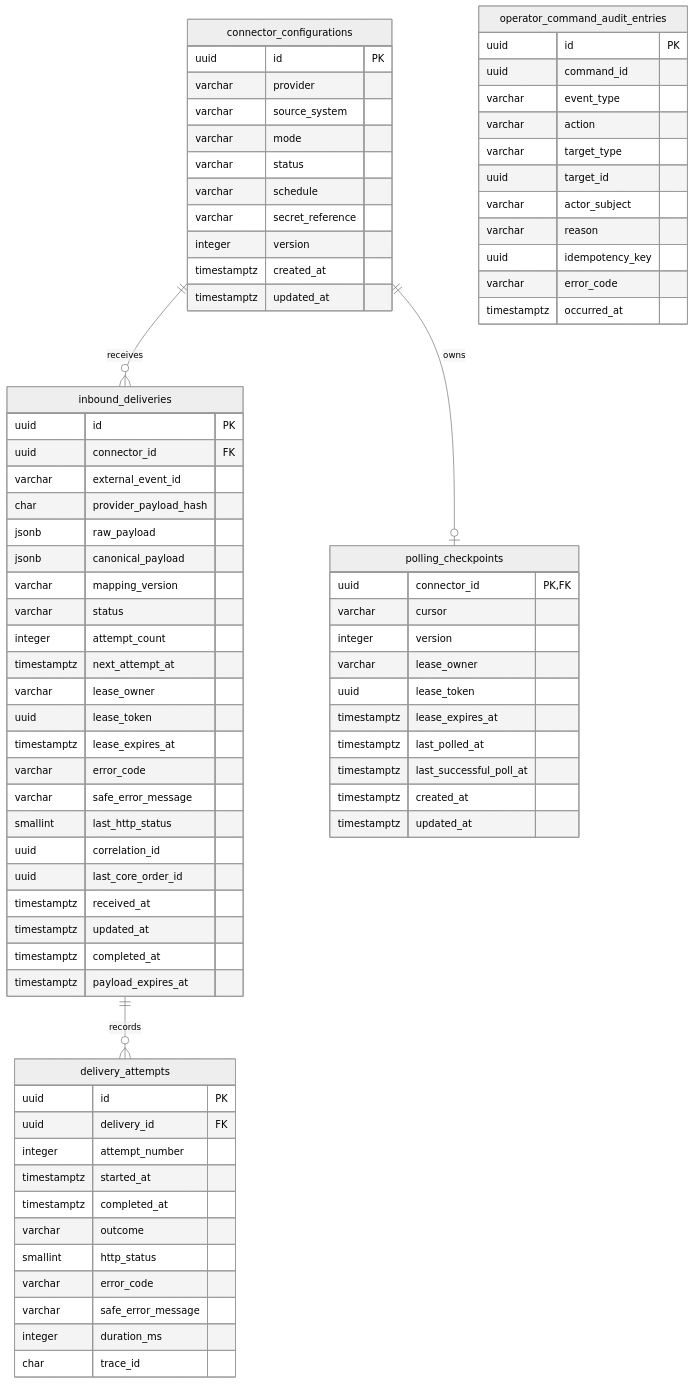
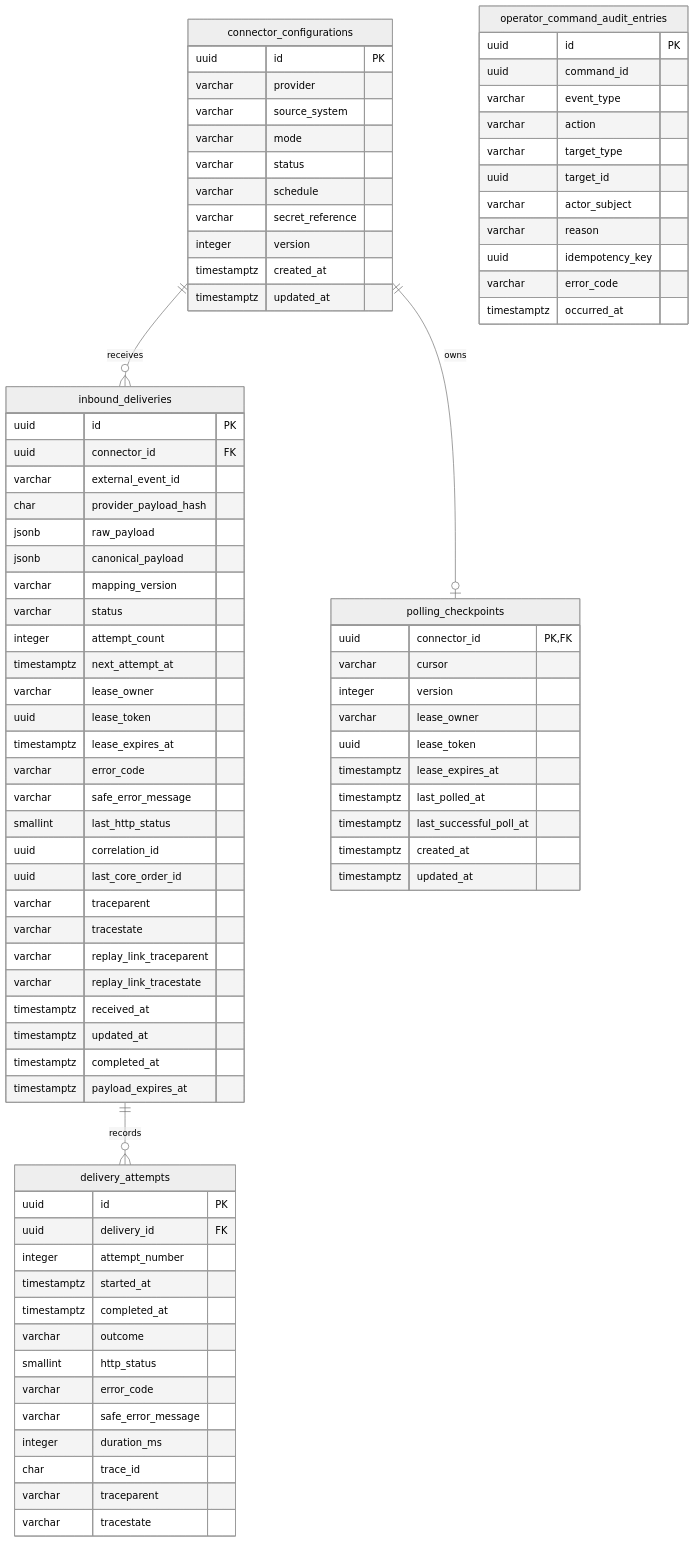
One commit to PietroRussoD/commerce-integration-hub changed the second of 2 diagrams in docs/data-model.md. Above: the diagram before and after it, drawn with Mermaid (neutral theme). The commit also changed other lines of this file and 27 other files, not shown here.

```diff
--- a/docs/data-model.md
+++ b/docs/data-model.md
@@ -218,6 +218,10 @@
         smallint last_http_status
         uuid correlation_id
         uuid last_core_order_id
+        varchar traceparent
+        varchar tracestate
+        varchar replay_link_traceparent
+        varchar replay_link_tracestate
         timestamptz received_at
         timestamptz updated_at
         timestamptz completed_at
@@ -236,6 +240,8 @@
         varchar safe_error_message
         integer duration_ms
         char trace_id
+        varchar traceparent
+        varchar tracestate
     }
 
     polling_checkpoints {
```
